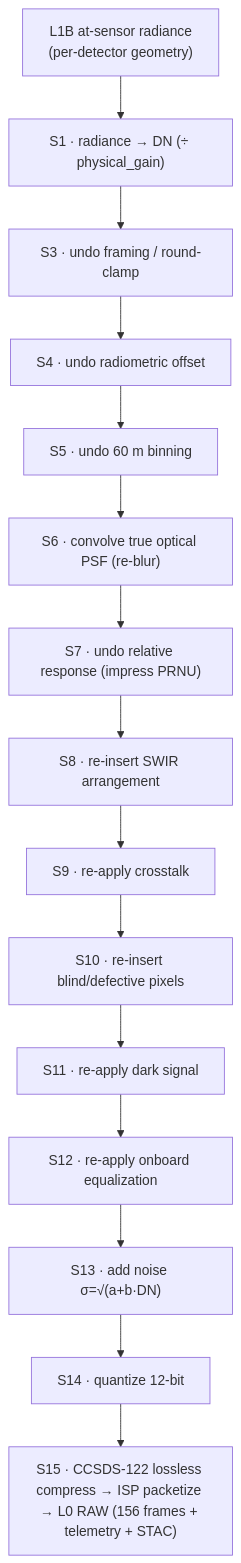
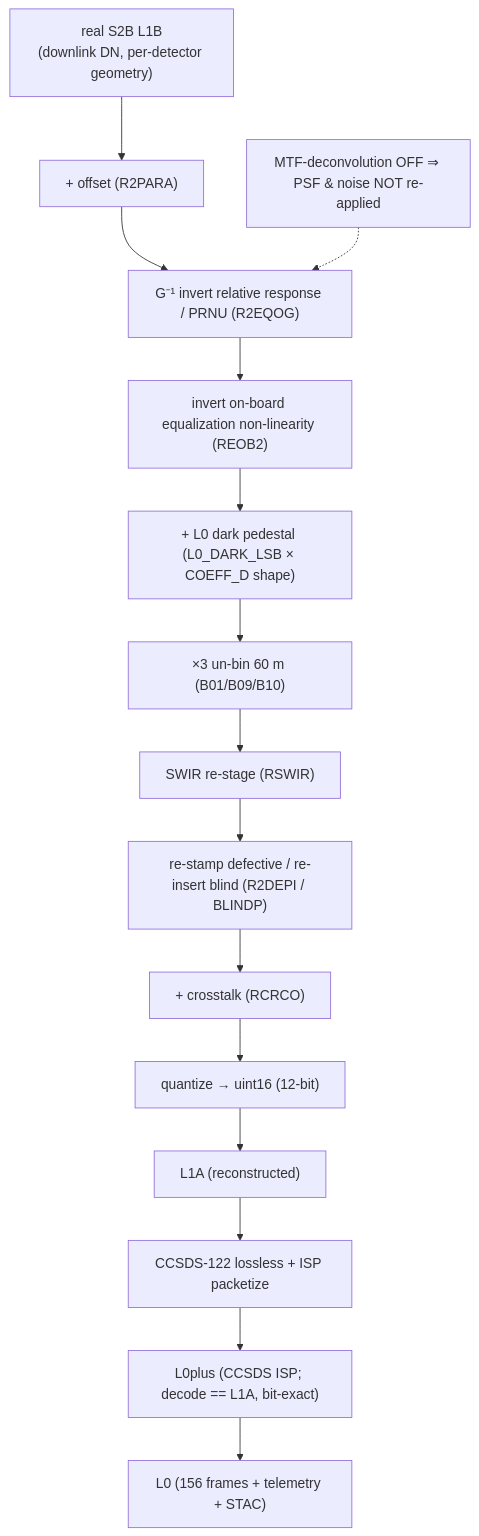
One commit to AstroCan17/s2-msi-raw-generator changed the diagram in docs/atbd/atbd.md. Above: the diagram before and after it, drawn with Mermaid. The commit also changed other lines of this file and 40 other files, not shown here.

````diff
--- a/docs/atbd/atbd.md
+++ b/docs/atbd/atbd.md
@@ -129,19 +127,20 @@
 ```mermaid
 flowchart TD
-    IN["L1B at-sensor radiance<br/>(per-detector geometry)"]
-    S1["S1 · radiance → DN (÷ physical_gain)"]
-    S3["S3 · undo framing / round-clamp"]
-    S4["S4 · undo radiometric offset"]
-    S5["S5 · undo 60 m binning"]
-    S6["S6 · convolve true optical PSF (re-blur)"]
-    S7["S7 · undo relative response (impress PRNU)"]
-    S8["S8 · re-insert SWIR arrangement"]
-    S9["S9 · re-apply crosstalk"]
-    S10["S10 · re-insert blind/defective pixels"]
-    S11["S11 · re-apply dark signal"]
-    S12["S12 · re-apply onboard equalization"]
-    S13["S13 · add noise σ=√(a+b·DN)"]
-    S14["S14 · quantize 12-bit"]
-    S15["S15 · CCSDS-122 lossless compress → ISP packetize → L0 RAW (156 frames + telemetry + STAC)"]
-    IN --> S1 --> S3 --> S4 --> S5 --> S6 --> S7 --> S8 --> S9 --> S10 --> S11 --> S12 --> S13 --> S14 --> S15
+    IN["real S2B L1B<br/>(downlink DN, per-detector geometry)"]
+    A["+ offset (R2PARA)"]
+    B["G⁻¹ invert relative response / PRNU (R2EQOG)"]
+    C["invert on-board equalization non-linearity (REOB2)"]
+    D["+ L0 dark pedestal (L0_DARK_LSB × COEFF_D shape)"]
+    E["×3 un-bin 60 m (B01/B09/B10)"]
+    F["SWIR re-stage (RSWIR)"]
+    G["re-stamp defective / re-insert blind (R2DEPI / BLINDP)"]
+    H["+ crosstalk (RCRCO)"]
+    QZ["quantize → uint16 (12-bit)"]
+    L1A["L1A (reconstructed)"]
+    ISP["CCSDS-122 lossless + ISP packetize"]
+    L0P["L0plus (CCSDS ISP; decode == L1A, bit-exact)"]
+    L0["L0 (156 frames + telemetry + STAC)"]
+    OFF["MTF-deconvolution OFF ⇒ PSF &amp; noise NOT re-applied"]
+    IN --> A --> B --> C --> D --> E --> F --> G --> H --> QZ --> L1A --> ISP --> L0P --> L0
+    OFF -.-> B
 ```
````
